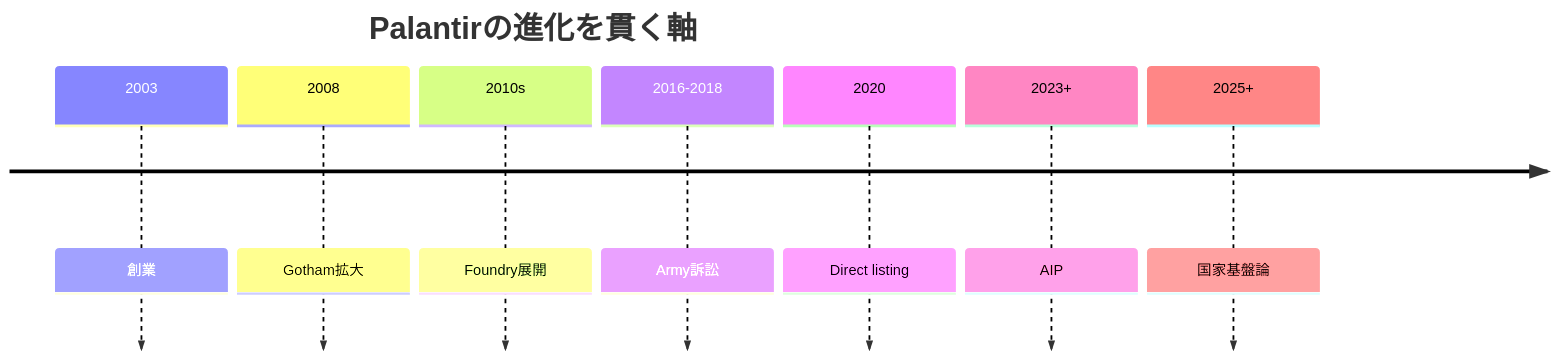
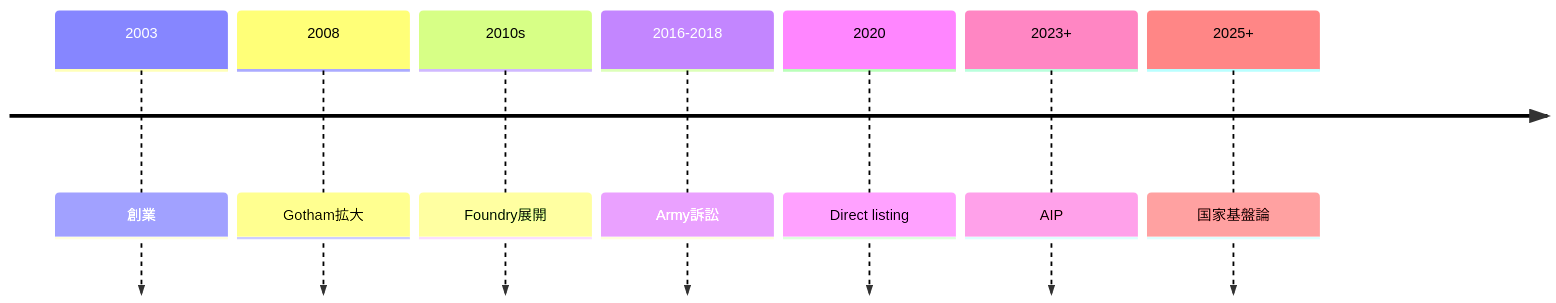
One commit to daylight55/research changed the second of 5 diagrams in articles/report/palantir-operational-ai-platform/ja/index.mdx. Above: the diagram before and after it, drawn with Mermaid. The commit also changed other lines of this file and 181 other files, not shown here.

First line of the commit message:
全記事の図解368点を再生成し、共通注意書きを削除 (#402)

````diff
--- a/articles/report/palantir-operational-ai-platform/ja/index.mdx
+++ b/articles/report/palantir-operational-ai-platform/ja/index.mdx
@@ -66,11 +73,14 @@
 ```mermaid
 timeline
-  title Palantirの進化を貫く軸
+  accTitle: Palantirの事業・製品展開の節目
+  accDescr: 創業からGotham、Foundry、上場、AIPへの展開を年代で示し、製品の役割は構造図と分ける。
+  accTitle: Palantirの事業・製品展開の節目
+  accDescr: 創業からGotham、Foundry、上場、AIPへの展開を年代で示し、製品の役割は構造図と分ける。
   2003 : 創業
   2008 : Gotham拡大
   2010s : Foundry展開
   2016-2018 : Army訴訟
   2020 : Direct listing
   2023+ : AIP
   2025+ : 国家基盤論
 ```
````
